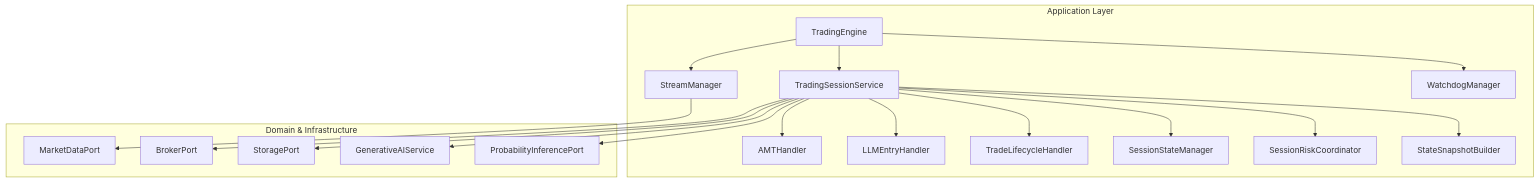
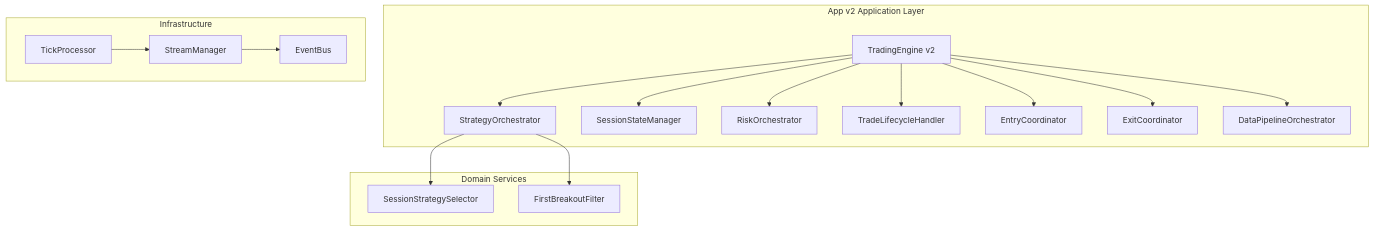
One commit to gemrajkhatry-maker/v5-of-glassytrade-ai changed the first of 4 diagrams in .qoder/repowiki/en/content/Architecture Deep Dive/Clean Architecture Layers/Application Layer/Application Layer.md. Above: the diagram before and after it, drawn with Mermaid. The commit also changed other lines of this file and 930 other files, not shown here.

````diff
--- a/.qoder/repowiki/en/content/Architecture Deep Dive/Clean Architecture Layers/Application Layer/Application Layer.md
+++ b/.qoder/repowiki/en/content/Architecture Deep Dive/Clean Architecture Layers/Application Layer/Application Layer.md
@@ -41,36 +55,33 @@
 ```mermaid
 graph TB
-subgraph "Application Layer"
-TE["TradingEngine"]
-TSS["TradingSessionService"]
+subgraph "App v2 Application Layer"
+TE["TradingEngine v2"]
+SO["StrategyOrchestrator"]
+SSM["SessionStateManager"]
+RO["RiskOrchestrator"]
+TLH["TradeLifecycleHandler"]
+EC["EntryCoordinator"]
+EX["ExitCoordinator"]
+DPO["DataPipelineOrchestrator"]
+end
+subgraph "Infrastructure"
 SM["StreamManager"]
-WDM["WatchdogManager"]
-AMT["AMTHandler"]
-LLM["LLMEntryHandler"]
-TLH["TradeLifecycleHandler"]
-SSM["SessionStateManager"]
-SRC["SessionRiskCoordinator"]
-SSB["StateSnapshotBuilder"]
+TP["TickProcessor"]
+EB["EventBus"]
 end
-subgraph "Domain & Infrastructure"
-MD["MarketDataPort"]
-BR["BrokerPort"]
-ST["StoragePort"]
-GAIS["GenerativeAIService"]
-PE["ProbabilityInferencePort"]
+subgraph "Domain Services"
+SSS["SessionStrategySelector"]
+FBF["FirstBreakoutFilter"]
 end
-TE --> SM
-TE --> WDM
-TE --> TSS
-TSS --> AMT
-TSS --> LLM
-TSS --> TLH
-TSS --> SSM
-TSS --> SRC
-TSS --> SSB
-TSS --> BR
-TSS --> ST
-TSS --> GAIS
-TSS --> PE
-SM --> MD
+TE --> SO
+TE --> SSM
+TE --> RO
+TE --> TLH
+TE --> EC
+TE --> EX
+TE --> DPO
+SO --> SSS
+SO --> FBF
+SM --> EB
+TP --> SM
 ```
````
